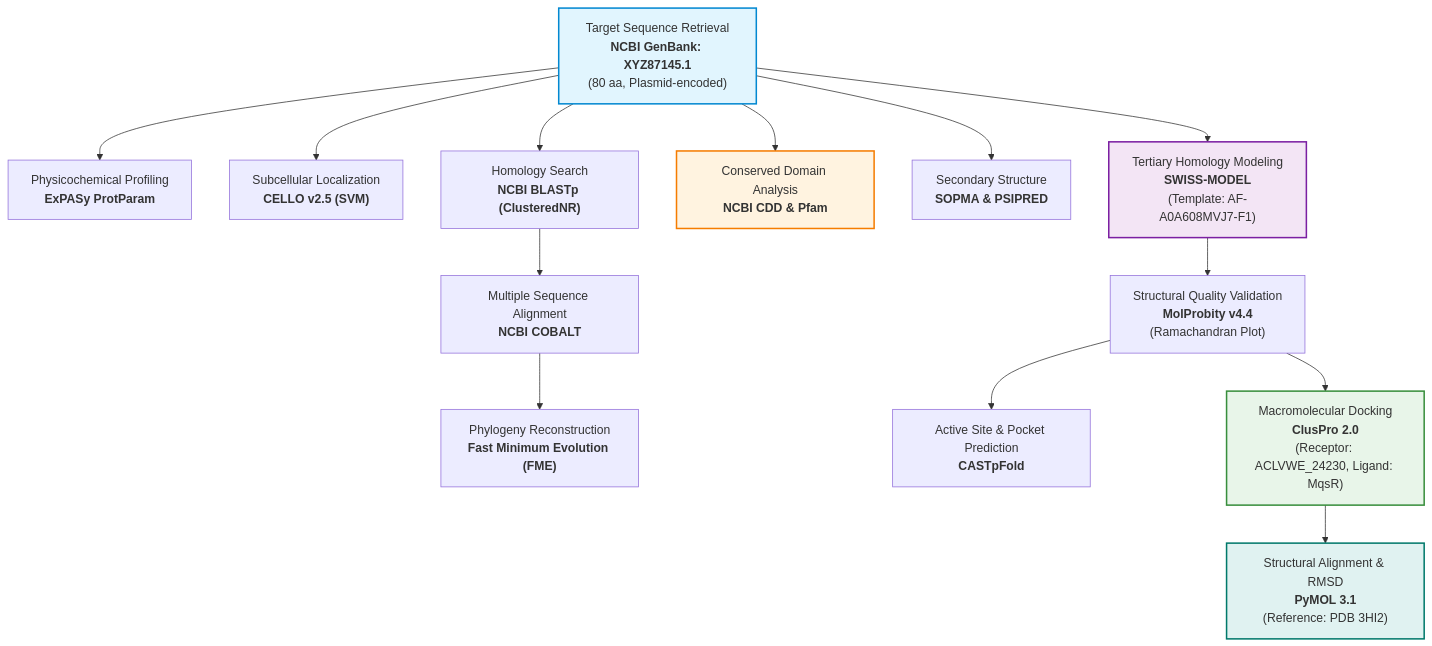
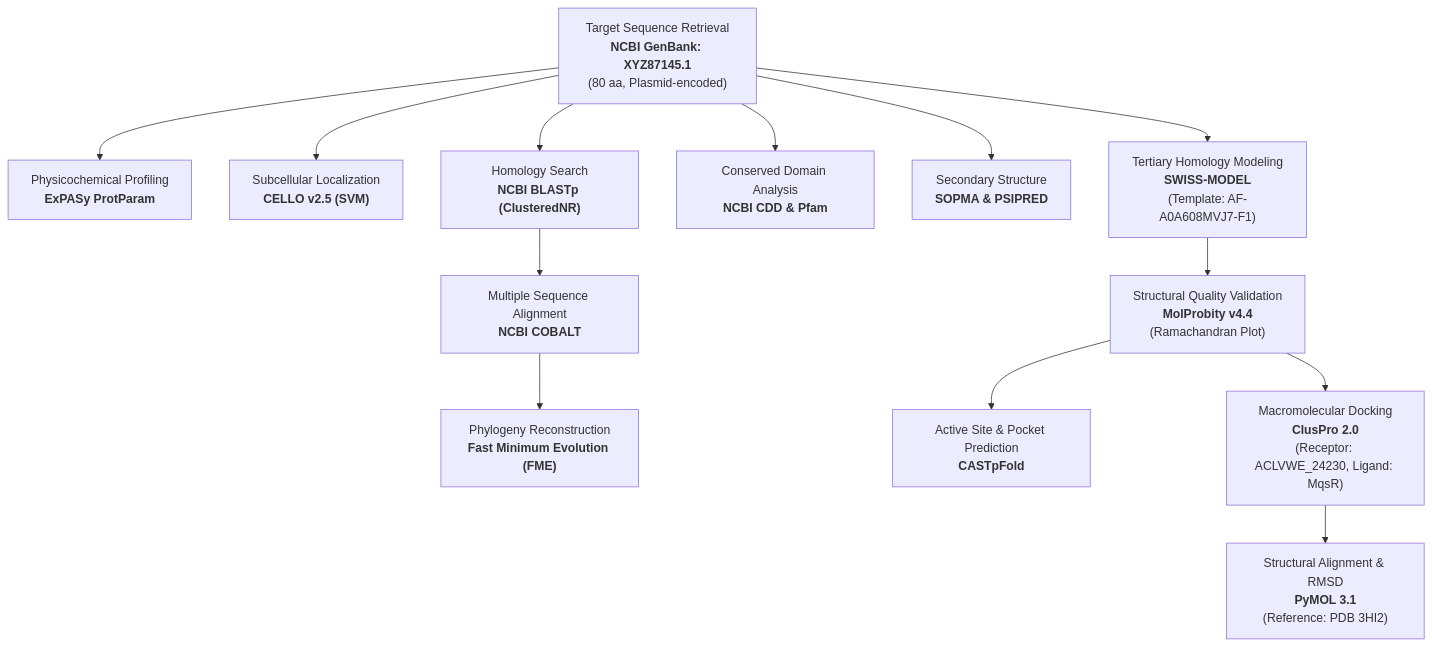
Before and after one commit to Soash/salmonella-mqsa-annotation: the diagram in README.md, drawn with Mermaid.

````diff
--- a/README.md
+++ b/README.md
@@ -48,24 +48,18 @@
 ```mermaid
 flowchart TD
     A["Target Sequence Retrieval<br/><b>NCBI GenBank: XYZ87145.1</b><br/>(80 aa, Plasmid-encoded)"] --> B["Physicochemical Profiling<br/><b>ExPASy ProtParam</b>"]
     A --> C["Subcellular Localization<br/><b>CELLO v2.5 (SVM)</b>"]
     A --> D["Homology Search<br/><b>NCBI BLASTp (ClusteredNR)</b>"]
     A --> E["Conserved Domain Analysis<br/><b>NCBI CDD & Pfam</b>"]
     A --> F["Secondary Structure<br/><b>SOPMA & PSIPRED</b>"]
 
     D --> G["Multiple Sequence Alignment<br/><b>NCBI COBALT</b>"]
     G --> H["Phylogeny Reconstruction<br/><b>Fast Minimum Evolution (FME)</b>"]
 
     A --> I["Tertiary Homology Modeling<br/><b>SWISS-MODEL</b><br/>(Template: AF-A0A608MVJ7-F1)"]
     I --> J["Structural Quality Validation<br/><b>MolProbity v4.4</b><br/>(Ramachandran Plot)"]
     
     J --> K["Active Site & Pocket Prediction<br/><b>CASTpFold</b>"]
     J --> L["Macromolecular Docking<br/><b>ClusPro 2.0</b><br/>(Receptor: ACLVWE_24230, Ligand: MqsR)"]
     L --> M["Structural Alignment & RMSD<br/><b>PyMOL 3.1</b><br/>(Reference: PDB 3HI2)"]
-
-    style A fill:#e1f5fe,stroke:#0288d1,stroke-width:2px
-    style E fill:#fff3e0,stroke:#f57c00,stroke-width:2px
-    style I fill:#f3e5f5,stroke:#7b1fa2,stroke-width:2px
-    style L fill:#e8f5e9,stroke:#388e3c,stroke-width:2px
-    style M fill:#e0f2f1,stroke:#00796b,stroke-width:2px
 ```
````
